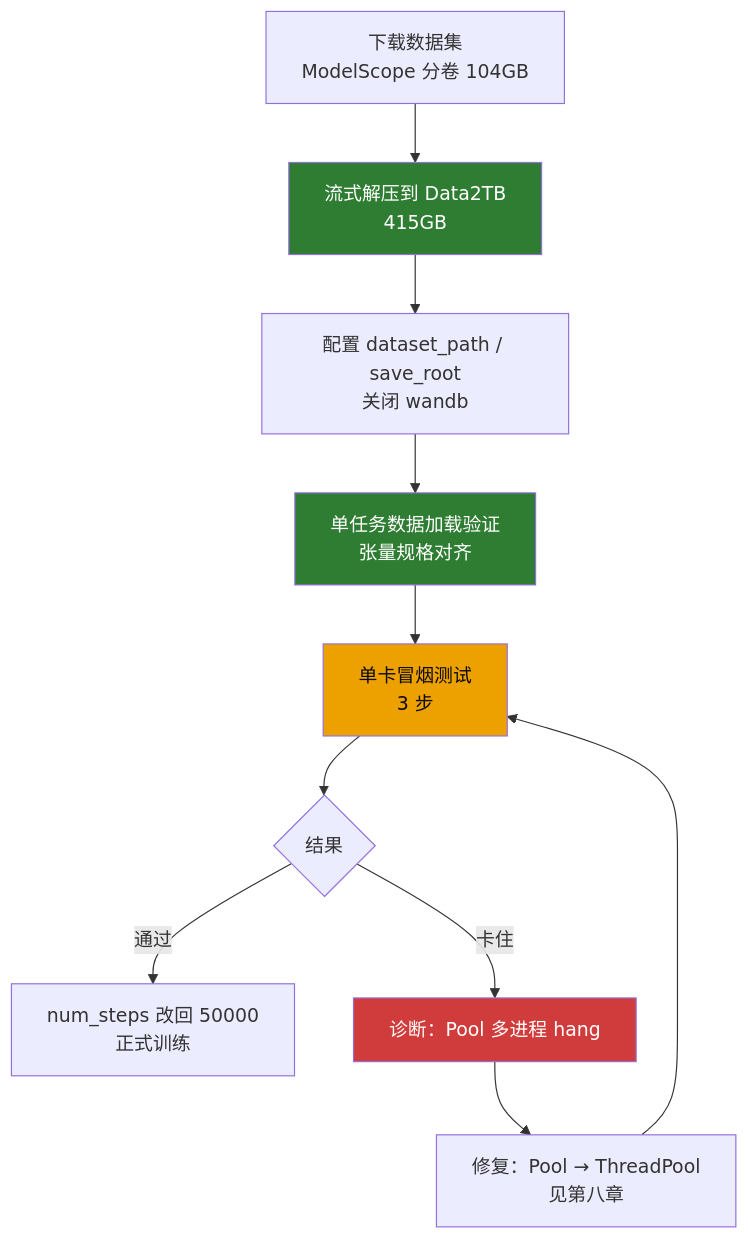
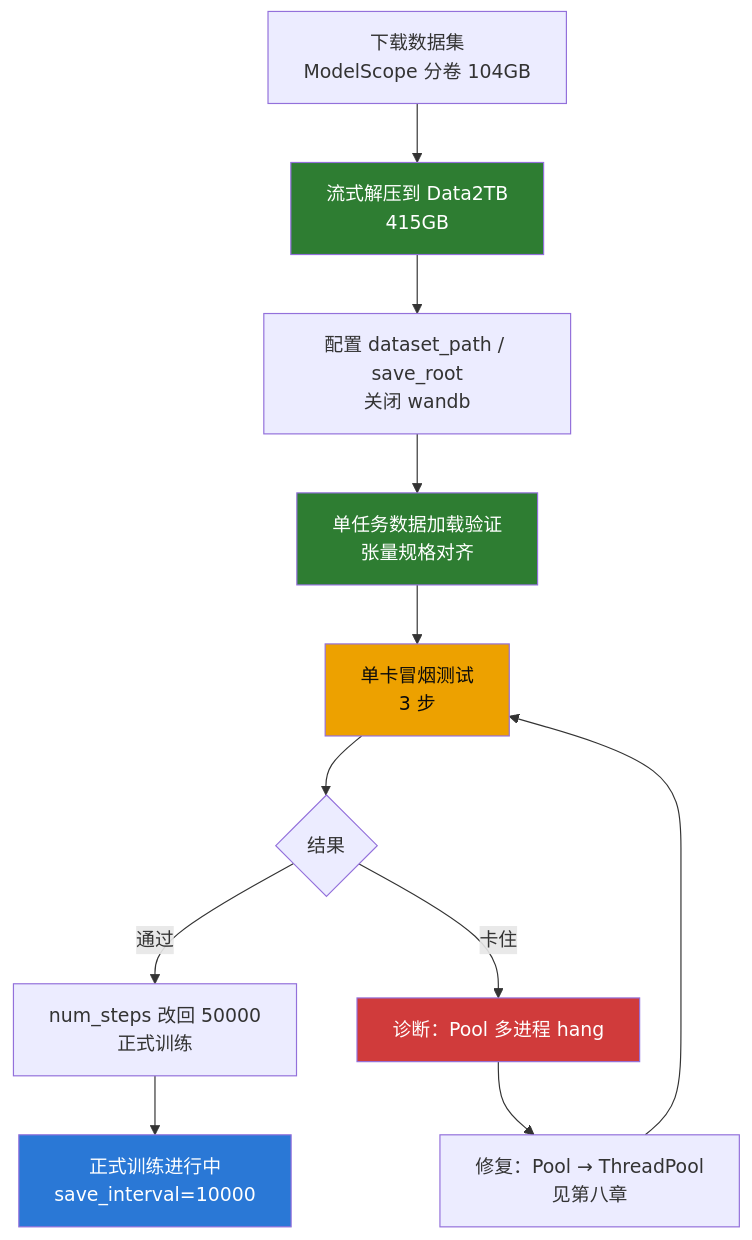
One commit to mosensefred/lingbot-va-deploy changed the diagram in PHASE2_TRAINING.md. Above: the diagram before and after it, drawn with Mermaid. The commit also changed other lines of this file, not shown here.

Commit message:
docs: 更新进度——正式训练进行中（50000步，save_interval=10000 解决checkpoint磁盘问题）

````diff
--- a/PHASE2_TRAINING.md
+++ b/PHASE2_TRAINING.md
@@ -10,17 +10,19 @@
 ```mermaid
 flowchart TD
     A[下载数据集<br/>ModelScope 分卷 104GB] --> B[流式解压到 Data2TB<br/>415GB]
     B --> C[配置 dataset_path / save_root<br/>关闭 wandb]
     C --> D[单任务数据加载验证<br/>张量规格对齐]
     D --> E[单卡冒烟测试<br/>3 步]
     E --> F{结果}
     F -->|通过| G[num_steps 改回 50000<br/>正式训练]
     F -->|卡住| H[诊断：Pool 多进程 hang]
     H --> I[修复：Pool → ThreadPool<br/>见第八章]
     I --> E
+    G --> J[正式训练进行中<br/>save_interval=10000]
 
     style B fill:#2e7d32,color:#fff
     style D fill:#2e7d32,color:#fff
     style H fill:#d03b3b,color:#fff
     style E fill:#eda100,color:#0b0b0b
+    style J fill:#2a78d6,color:#fff
 ```
````
